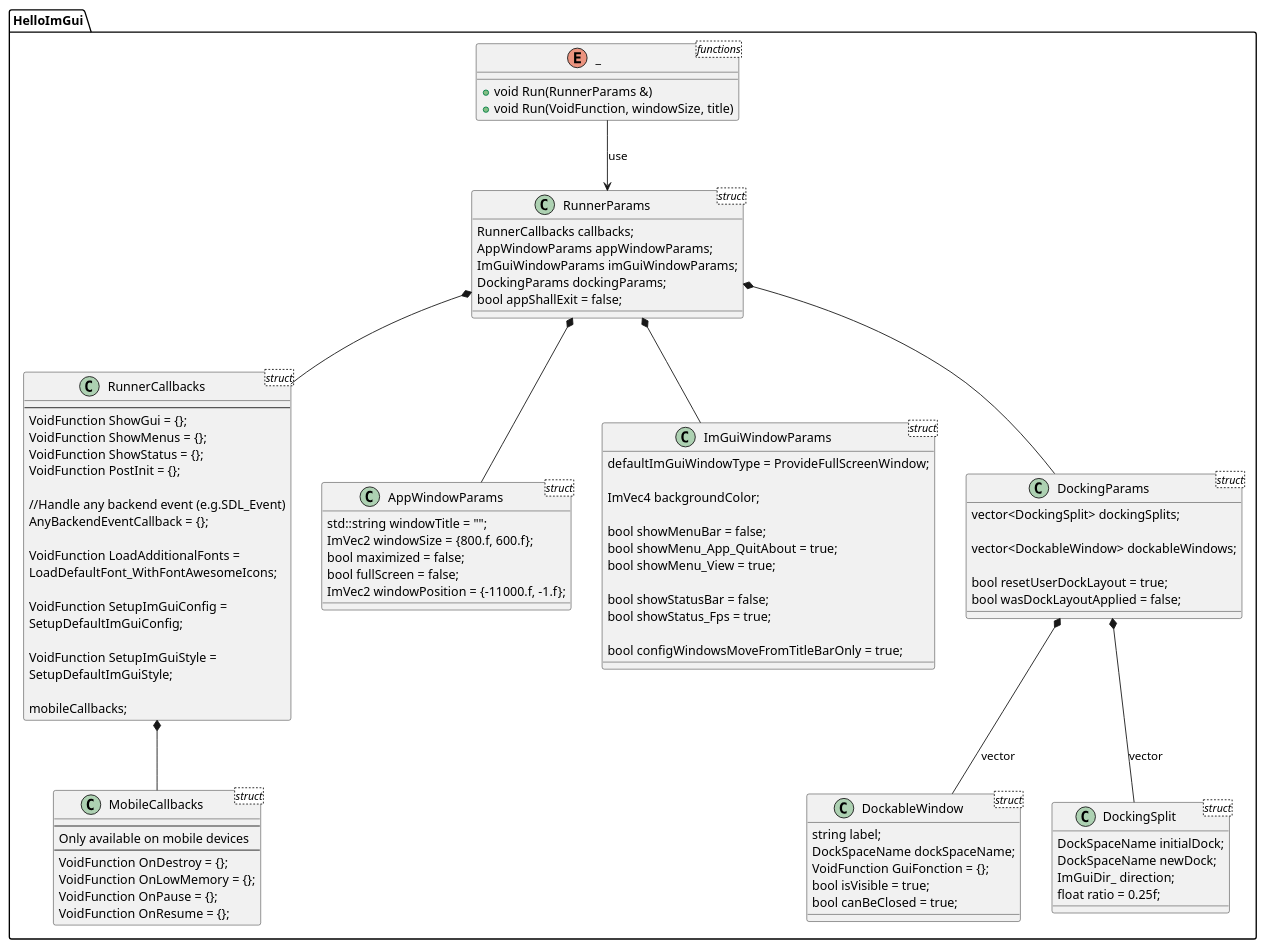
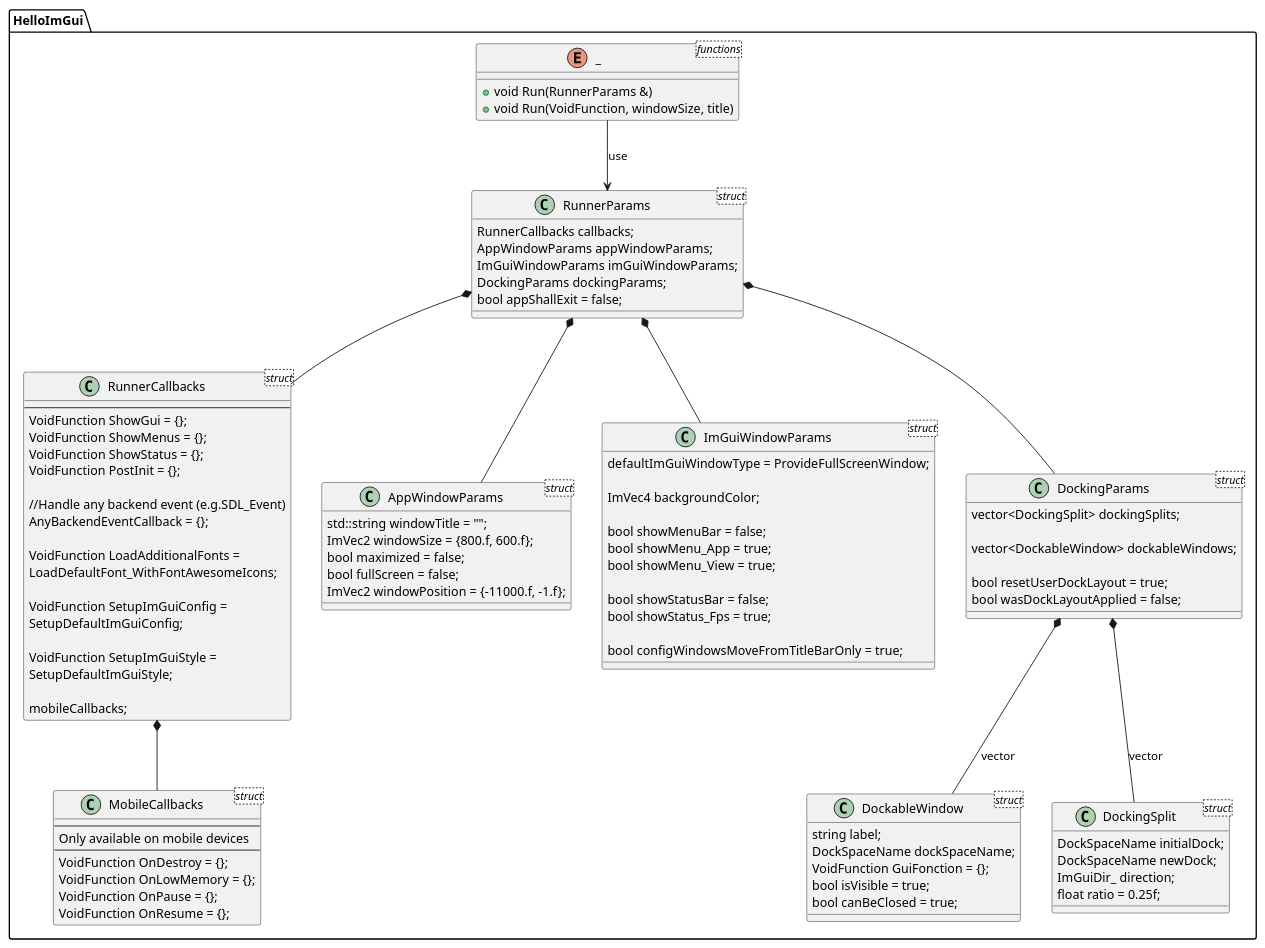
Before and after one commit to pthom/hello_imgui: the diagram in src/hello_imgui/doc_src/hello_imgui_diagram.puml, drawn with PlantUML. The commit also changed 5 other files, not shown here.

```diff
--- a/src/hello_imgui/doc_src/hello_imgui_diagram.puml
+++ b/src/hello_imgui/doc_src/hello_imgui_diagram.puml
@@ -1,108 +1,108 @@
 @startuml
 namespace HelloImGui {
 
 enum _ <functions>{
     + void Run(RunnerParams &)
     + void Run(VoidFunction, windowSize, title)
 }
 
 _ --> RunnerParams: use
 
 class RunnerParams <struct> {
     RunnerCallbacks callbacks;
     AppWindowParams appWindowParams;
     ImGuiWindowParams imGuiWindowParams;
     DockingParams dockingParams;
     bool appShallExit = false;
 }
 
 class RunnerCallbacks <struct> {
     ---
     VoidFunction ShowGui = {};
     VoidFunction ShowMenus = {};
     VoidFunction ShowStatus = {};
     VoidFunction PostInit = {};
 
     //Handle any backend event (e.g.SDL_Event)
     AnyBackendEventCallback = {};
 
     VoidFunction LoadAdditionalFonts =
        LoadDefaultFont_WithFontAwesomeIcons;
 
     VoidFunction SetupImGuiConfig = 
       SetupDefaultImGuiConfig;
 
     VoidFunction SetupImGuiStyle = 
       SetupDefaultImGuiStyle;
 
     mobileCallbacks;
 }
 
 class MobileCallbacks <struct>{
     ---
     Only available on mobile devices
     ---
     VoidFunction OnDestroy = {};
     VoidFunction OnLowMemory = {};
     VoidFunction OnPause = {};
     VoidFunction OnResume = {};
 }
 RunnerCallbacks *-- MobileCallbacks
 
 class AppWindowParams <struct> {
     std::string windowTitle = "";
     ImVec2 windowSize = {800.f, 600.f};
     bool maximized = false;
     bool fullScreen = false;
     ImVec2 windowPosition = {-11000.f, -1.f};
 }
 
 class ImGuiWindowParams <struct> {
     defaultImGuiWindowType = ProvideFullScreenWindow;
 
     ImVec4 backgroundColor;
 
     bool showMenuBar = false;
-    bool showMenu_App_QuitAbout = true;
+    bool showMenu_App = true;
     bool showMenu_View = true;
 
     bool showStatusBar = false;
     bool showStatus_Fps = true;
 
     bool configWindowsMoveFromTitleBarOnly = true;
 }
 
 class DockingParams <struct> {
     vector<DockingSplit> dockingSplits;
 
     vector<DockableWindow> dockableWindows;
 
     bool resetUserDockLayout = true;
     bool wasDockLayoutApplied = false;
 }
 
 class DockableWindow <struct> {
     string label;
     DockSpaceName dockSpaceName;
     VoidFunction GuiFonction = {};
     bool isVisible = true;
     bool canBeClosed = true;
 }
 
 class DockingSplit <struct> {
     DockSpaceName initialDock;
     DockSpaceName newDock;
     ImGuiDir_ direction;
     float ratio = 0.25f;
 }
 
 
 RunnerParams *-- RunnerCallbacks
 RunnerParams *-- AppWindowParams
 RunnerParams *-- ImGuiWindowParams
 RunnerParams *-- DockingParams
 DockingParams *-- DockableWindow : vector
 DockingParams *-- DockingSplit : vector
 
 }
 @enduml
```
